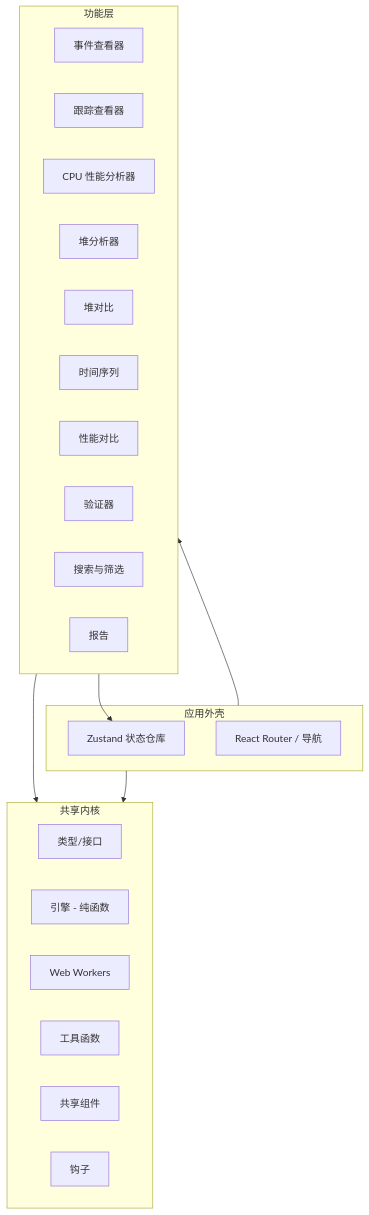
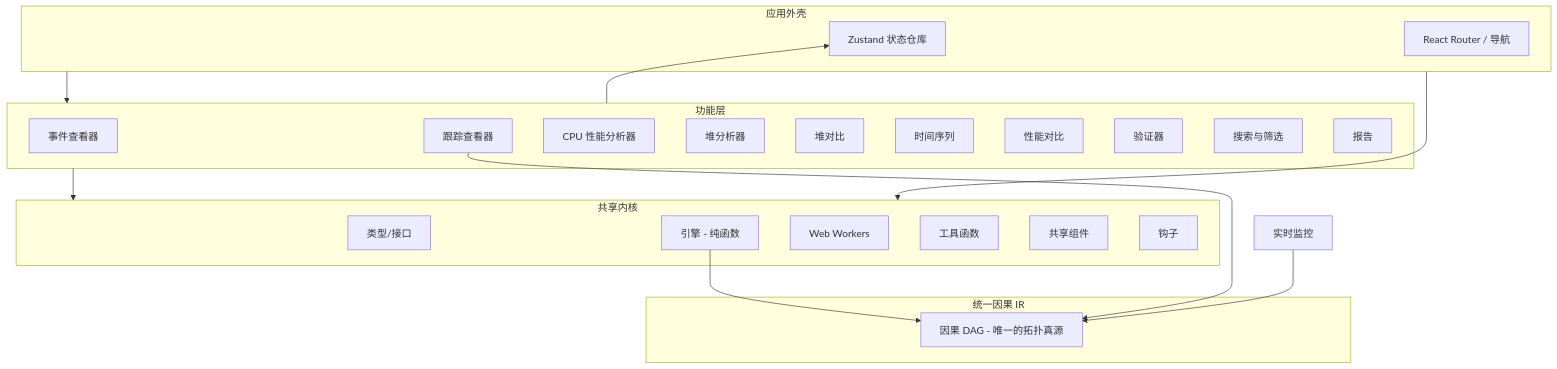
The second of 2 diagrams in README.zh-CN.md (Kayetendencious431/NodeVerdict), drawn with Mermaid before and after one commit. The commit also changed other lines of this file and 12 other files, not shown here.

````diff
--- a/README.zh-CN.md
+++ b/README.zh-CN.md
@@ -556,34 +556,41 @@
 ```mermaid
 graph TB
     subgraph UI["应用外壳"]
         S[Zustand 状态仓库]
         R[React Router / 导航]
     end
 
     subgraph FE["功能层"]
         EV[事件查看器]
         TV[跟踪查看器]
         CP[CPU 性能分析器]
         HA[堆分析器]
         HD[堆对比]
         TS[时间序列]
         PC[性能对比]
         VL[验证器]
         SF[搜索与筛选]
         RP[报告]
     end
 
     subgraph SH["共享内核"]
         T[类型/接口]
         E[引擎 - 纯函数]
         W[Web Workers]
         U[工具函数]
         C[共享组件]
         H[钩子]
     end
 
+    subgraph IR["统一因果 IR"]
+        CG[因果 DAG - 唯一的拓扑真源]
+    end
+
     FE --> S
     FE --> SH
     UI --> FE
     UI --> SH
+    E --> CG
+    TV --> CG
+    LM[实时监控] --> CG
 ```
````
